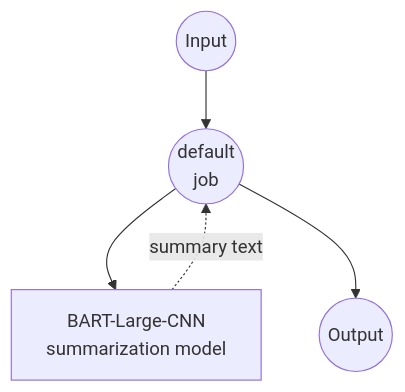
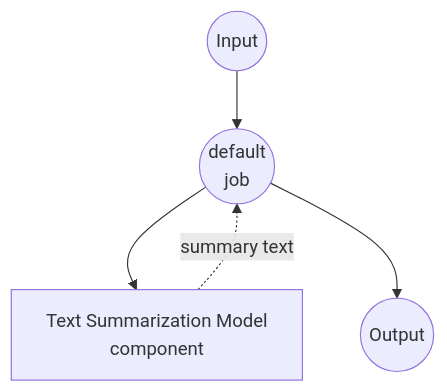
One commit to hanyeol/model-compose changed the diagram in examples/model-tasks/summarization/README.md. Above: the diagram before and after it, drawn with Mermaid. The commit also changed 21 other files, not shown here.

````diff
--- a/examples/model-tasks/summarization/README.md
+++ b/examples/model-tasks/summarization/README.md
@@ -111,16 +111,16 @@
 ```mermaid
 graph TD
     %% Default job (implicit)
     J1((default<br/>job))
 
     %% Component
-    C1[BART-Large-CNN<br/>summarization model]
+    C1[Text Summarization Model<br/>component]
 
     %% Job to component connections (solid: invokes, dotted: returns)
     J1 --> C1
     C1 -.-> |summary text| J1
 
     %% Input/Output
     Input((Input)) --> J1
     J1 --> Output((Output))
 ```
````
